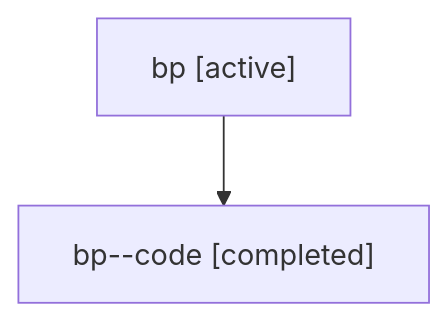
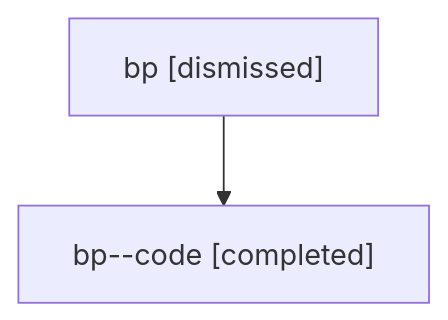
The diagram in sessions/bbugyi200.athena.bp.md (sase-org/sase--agents), drawn with Mermaid before and after one commit. The commit also changed other lines of this file and 6 other files, not shown here.

````diff
--- a/sessions/bbugyi200.athena.bp.md
+++ b/sessions/bbugyi200.athena.bp.md
@@ -9,6 +9,6 @@
 ```mermaid
 flowchart TD
-  n0["bp [active]"]
+  n0["bp [dismissed]"]
   n1["bp--code [completed]"]
   n0 --> n1
 ```
````
